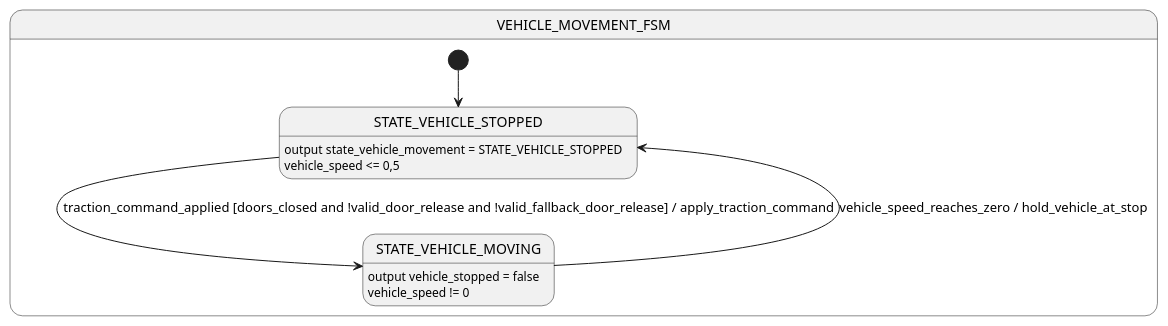
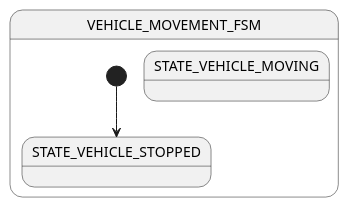
One commit to paetzholdt/CANRepo changed the diagram in docs/models/state_machines/node-drive-controller/vehicle_movement_fsm.puml. Above: the diagram before and after it, drawn with PlantUML. The commit also changed 5 other files, not shown here.

```diff
--- a/docs/models/state_machines/node-drive-controller/vehicle_movement_fsm.puml
+++ b/docs/models/state_machines/node-drive-controller/vehicle_movement_fsm.puml
@@ -1,39 +1,28 @@
 @startuml vehicle_movement_fsm
 
 state VEHICLE_MOVEMENT_FSM {
     [*] --> STATE_VEHICLE_STOPPED
     state STATE_VEHICLE_STOPPED
     state STATE_VEHICLE_MOVING {
         /'
         [*] --> Accelerating
         state Accelerating
         state Rolling
         state Braking
 
         Accelerating: traction command applied
 
         Rolling: traction command idle
 
         Braking: brake command applied
 
 
         Accelerating --> Rolling
         Rolling --> Accelerating
         Rolling --> Braking
         Braking --> Rolling
         '/
     }
-
-    STATE_VEHICLE_STOPPED: output state_vehicle_movement = STATE_VEHICLE_STOPPED
-    STATE_VEHICLE_STOPPED: vehicle_speed <= 0,5
-
-    STATE_VEHICLE_MOVING: output vehicle_stopped = false
-    STATE_VEHICLE_MOVING: vehicle_speed != 0
-
-
-    STATE_VEHICLE_STOPPED --> STATE_VEHICLE_MOVING : traction_command_applied [doors_closed and !valid_door_release and !valid_fallback_door_release] / apply_traction_command
-    STATE_VEHICLE_MOVING --> STATE_VEHICLE_STOPPED : vehicle_speed_reaches_zero / hold_vehicle_at_stop
-    
 }
 
 @enduml
```
